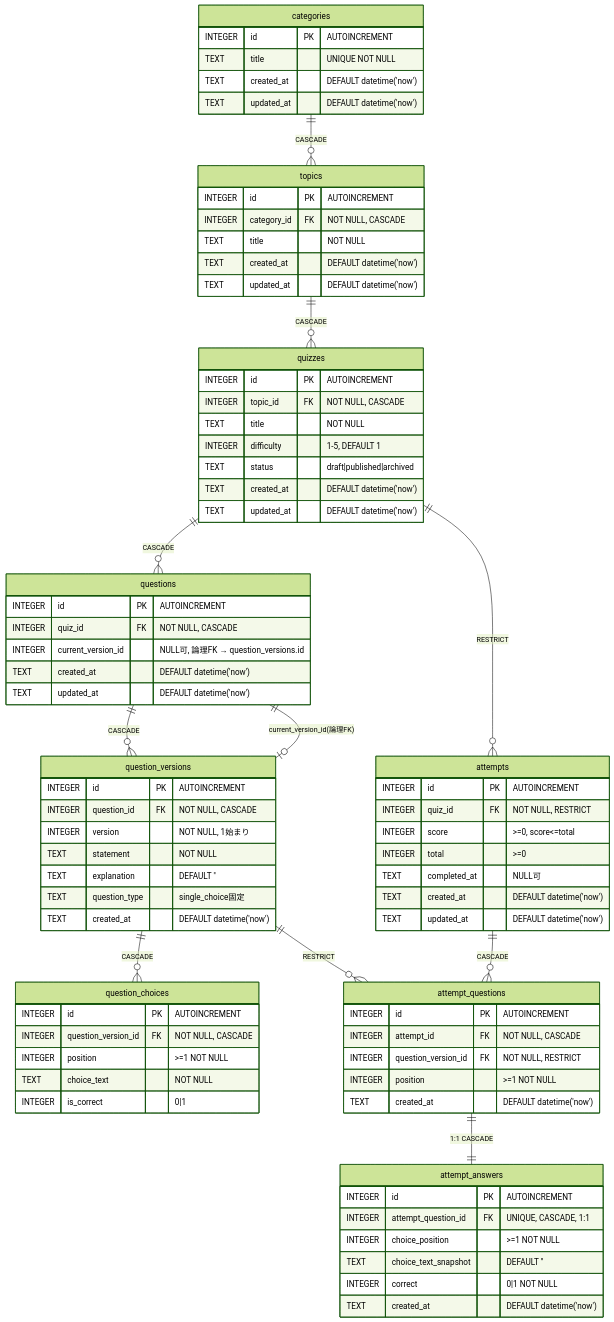
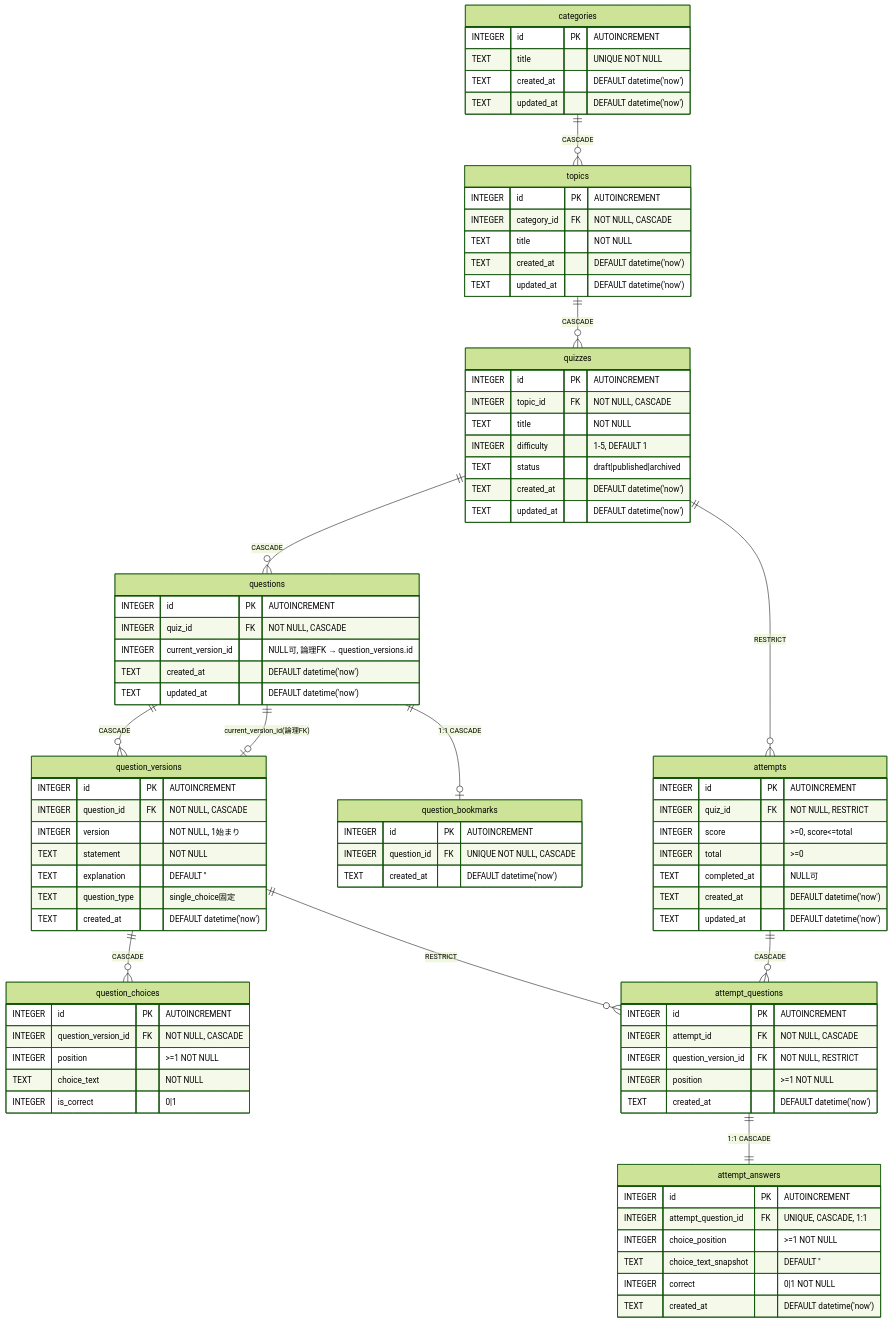
The diagram in docs/er-diagram.md (koya1616/kumon-ikanai-mon), drawn with Mermaid (forest theme) before and after one commit. The commit also changed other lines of this file and 16 other files, not shown here.

````diff
--- a/docs/er-diagram.md
+++ b/docs/er-diagram.md
@@ -73,6 +73,11 @@
         INTEGER correct "0|1 NOT NULL"
         TEXT created_at "DEFAULT datetime('now')"
     }
+    question_bookmarks {
+        INTEGER id PK "AUTOINCREMENT"
+        INTEGER question_id FK "UNIQUE NOT NULL, CASCADE"
+        TEXT created_at "DEFAULT datetime('now')"
+    }
 
     categories ||--o{ topics : "CASCADE"
     topics ||--o{ quizzes : "CASCADE"
@@ -84,4 +89,5 @@
     attempts ||--o{ attempt_questions : "CASCADE"
     question_versions ||--o{ attempt_questions : "RESTRICT"
     attempt_questions ||--|| attempt_answers : "1:1 CASCADE"
+    questions ||--o| question_bookmarks : "1:1 CASCADE"
 ```
````
